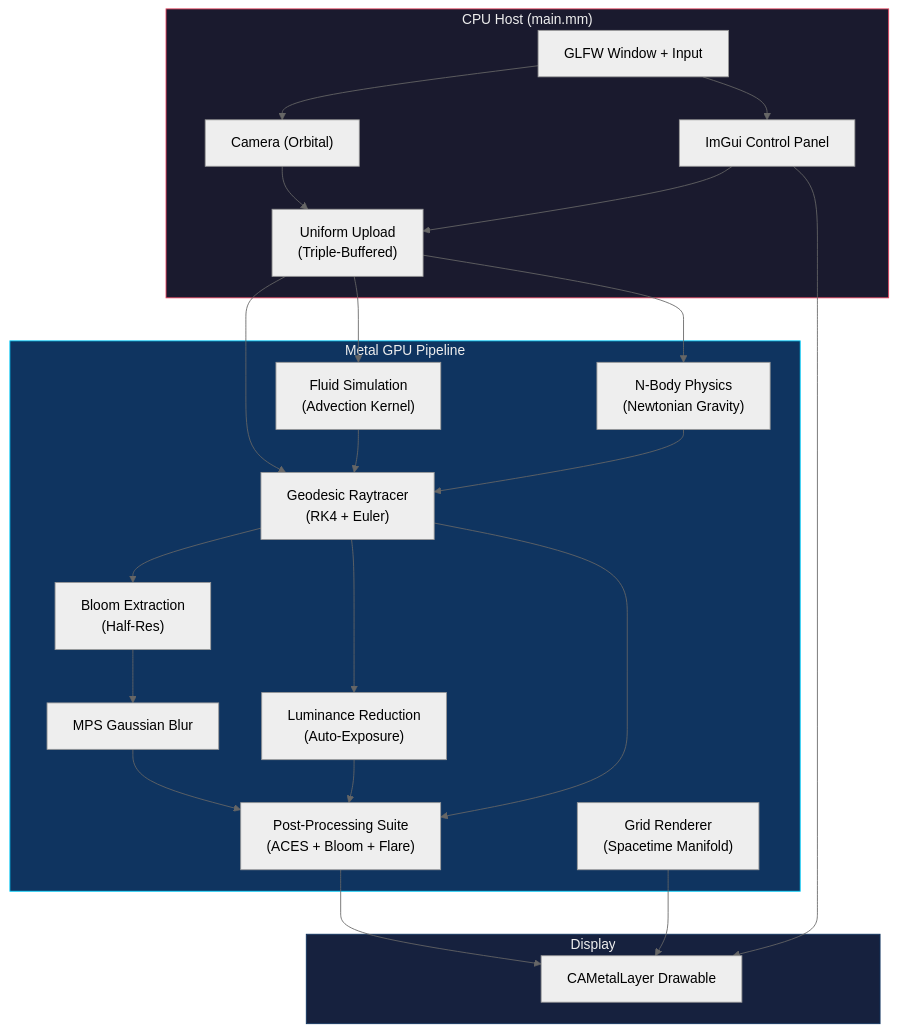
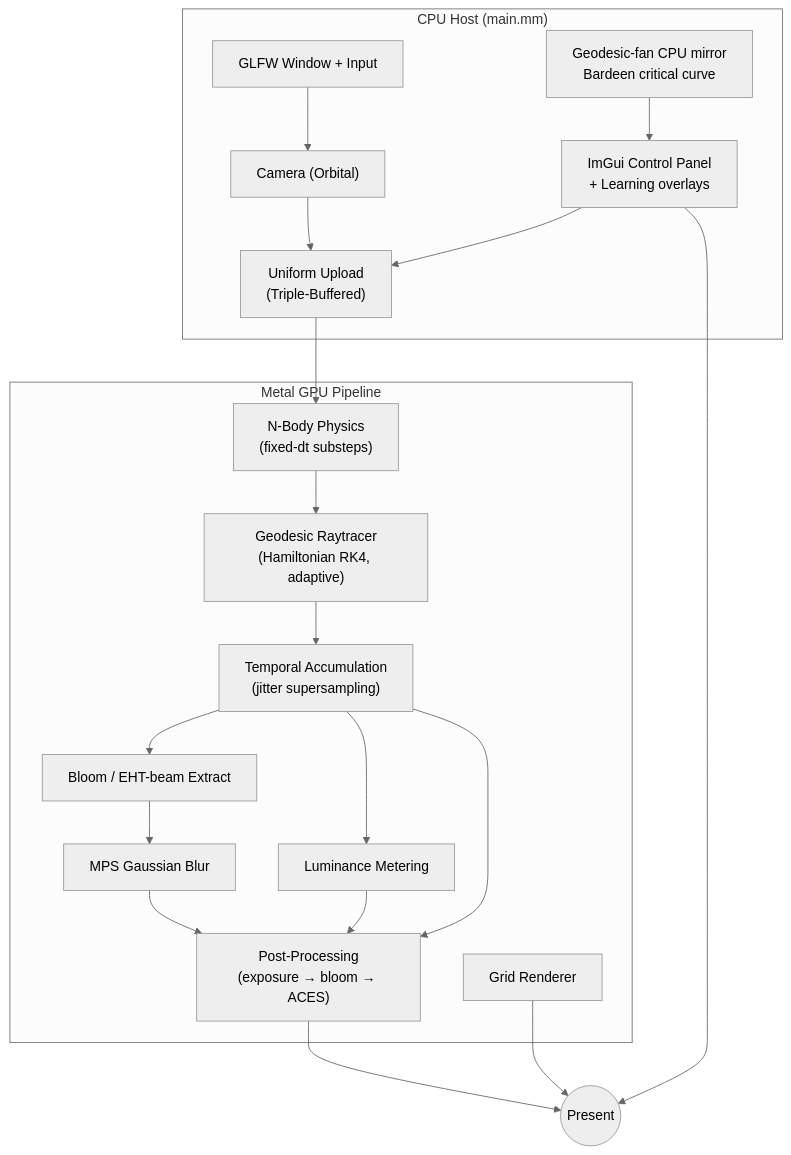
One commit to mstits/Metal-Blackhole changed the diagram in README.md. Above: the diagram before and after it, drawn with Mermaid (neutral theme). The commit also changed other lines of this file and 8 other files, not shown here.

````diff
--- a/README.md
+++ b/README.md
@@ -67,47 +85,32 @@
 ```mermaid
 graph TD
     subgraph Host ["CPU Host (main.mm)"]
         GLFW["GLFW Window + Input"]
         CAM["Camera (Orbital)"]
-        IMGUI["ImGui Control Panel"]
+        IMGUI["ImGui Control Panel<br/>+ Learning overlays"]
         UNI["Uniform Upload<br/>(Triple-Buffered)"]
+        FAN["Geodesic-fan CPU mirror<br/>Bardeen critical curve"]
     end
 
     subgraph GPU ["Metal GPU Pipeline"]
-        FLUID["Fluid Simulation<br/>(Advection Kernel)"]
-        PHYS["N-Body Physics<br/>(Newtonian Gravity)"]
-        RAY["Geodesic Raytracer<br/>(RK4 + Euler)"]
-        BLOOM_EX["Bloom Extraction<br/>(Half-Res)"]
+        PHYS["N-Body Physics<br/>(fixed-dt substeps)"]
+        RAY["Geodesic Raytracer<br/>(Hamiltonian RK4, adaptive)"]
+        TA["Temporal Accumulation<br/>(jitter supersampling)"]
+        BLOOM_EX["Bloom / EHT-beam Extract"]
         MPS["MPS Gaussian Blur"]
-        LUM["Luminance Reduction<br/>(Auto-Exposure)"]
-        POST["Post-Processing Suite<br/>(ACES + Bloom + Flare)"]
-        GRID["Grid Renderer<br/>(Spacetime Manifold)"]
+        LUM["Luminance Metering"]
+        POST["Post-Processing<br/>(exposure → bloom → ACES)"]
+        GRID["Grid Renderer"]
     end
 
-    subgraph Output ["Display"]
-        DRAW["CAMetalLayer Drawable"]
-    end
-
-    GLFW --> CAM
-    GLFW --> IMGUI
-    CAM --> UNI
+    GLFW --> CAM --> UNI
     IMGUI --> UNI
-    UNI --> FLUID
-    UNI --> PHYS
-    UNI --> RAY
-    FLUID --> RAY
-    PHYS --> RAY
-    RAY --> BLOOM_EX
-    RAY --> LUM
-    BLOOM_EX --> MPS
-    MPS --> POST
-    LUM --> POST
-    RAY --> POST
-    POST --> DRAW
+    FAN --> IMGUI
+    UNI --> PHYS --> RAY
+    RAY --> TA --> BLOOM_EX --> MPS --> POST
+    TA --> LUM --> POST
+    TA --> POST
+    POST --> DRAW(("Present"))
     GRID --> DRAW
     IMGUI --> DRAW
-
-    style Host fill:#1a1a2e,stroke:#e94560,color:#eee
-    style GPU fill:#0f3460,stroke:#00d2ff,color:#eee
-    style Output fill:#16213e,stroke:#0f3460,color:#eee
 ```
````
